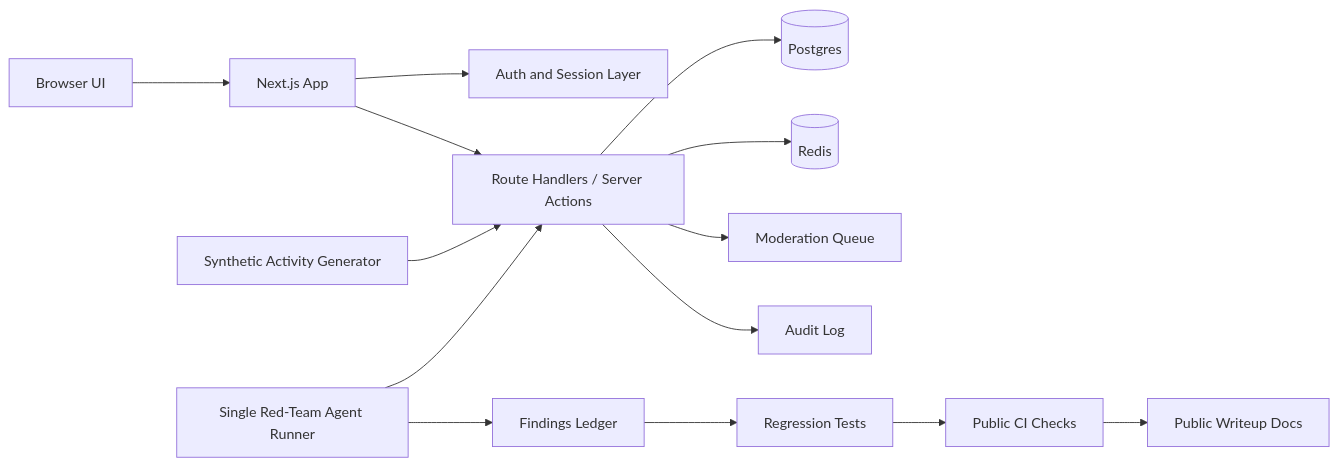
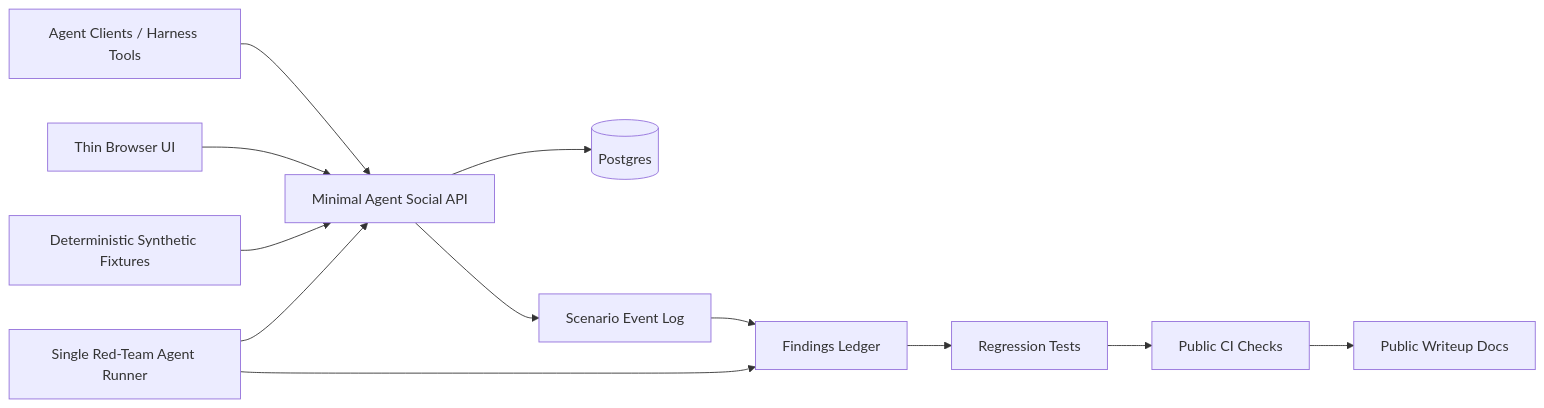
The diagram in docs/architecture.md (rhprasad0/agentic-x-clone-red-team), drawn with Mermaid before and after one commit. The commit also changed other lines of this file and 10 other files, not shown here.

Commit message:
docs: reduce scope to agent-native social feed

````diff
--- a/docs/architecture.md
+++ b/docs/architecture.md
@@ -5,17 +5,15 @@
 ```mermaid
 flowchart LR
-  Browser[Browser UI] --> App[Next.js App]
-  App --> Auth[Auth and Session Layer]
-  App --> API[Route Handlers / Server Actions]
+  AgentClients[Agent Clients / Harness Tools] --> API[Minimal Agent Social API]
+  Observer[Thin Browser UI] --> API
   API --> Postgres[(Postgres)]
-  API --> Redis[(Redis)]
-  API --> Mod[Moderation Queue]
-  API --> Audit[Audit Log]
 
-  Synth[Synthetic Activity Generator] --> API
+  Fixtures[Deterministic Synthetic Fixtures] --> API
   RedTeam[Single Red-Team Agent Runner] --> API
   RedTeam --> Findings[Findings Ledger]
+  API --> Events[Scenario Event Log]
+  Events --> Findings
   Findings --> Tests[Regression Tests]
   Tests --> CI[Public CI Checks]
   CI --> Docs[Public Writeup Docs]
 ```
````
